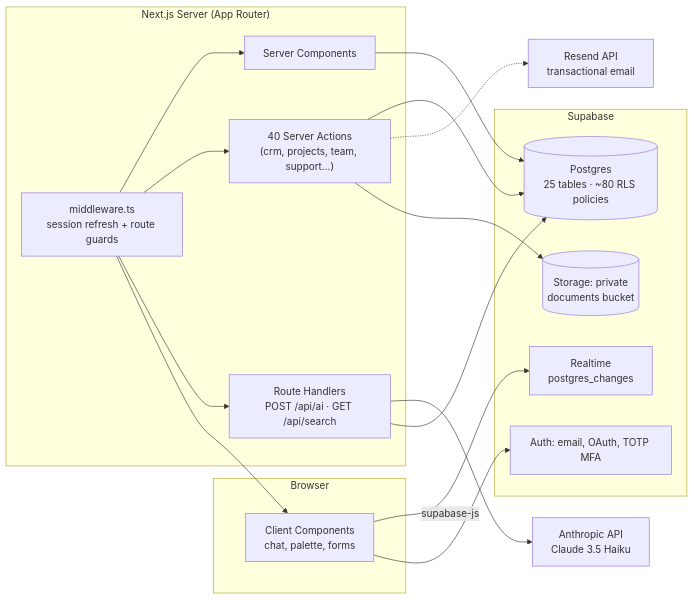
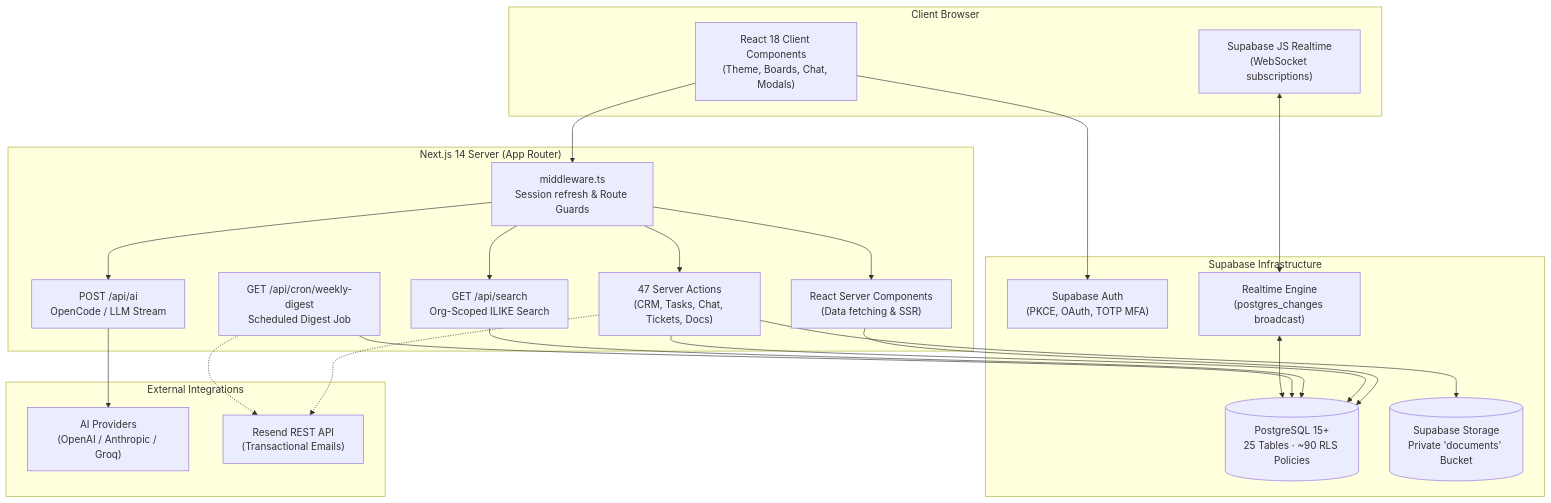
One commit to Bedru-Mekiyu/merkato changed the first of 2 diagrams in README.md. Above: the diagram before and after it, drawn with Mermaid. The commit also changed other lines of this file, not shown here.

Commit message:
docs(readme): reconstruct production-grade README with full architecture and API reference

````diff
--- a/README.md
+++ b/README.md
@@ -98,30 +178,48 @@
 ```mermaid
-flowchart LR
-    subgraph Browser
-        CC[Client Components<br/>chat, palette, forms]
+flowchart TB
+    subgraph Client["Client Browser"]
+        UI["React 18 Client Components<br/>(Theme, Boards, Chat, Modals)"]
+        RT_CLIENT["Supabase JS Realtime<br/>(WebSocket subscriptions)"]
     end
-    subgraph "Next.js Server (App Router)"
-        MW["middleware.ts<br/>session refresh + route guards"]
-        SC[Server Components]
-        SA["40 Server Actions<br/>(crm, projects, team, support…)"]
-        API["Route Handlers<br/>POST /api/ai · GET /api/search"]
+
+    subgraph NextServer["Next.js 14 Server (App Router)"]
+        MW["middleware.ts<br/>Session refresh & Route Guards"]
+        RSC["React Server Components<br/>(Data fetching & SSR)"]
+        SA["47 Server Actions<br/>(CRM, Tasks, Chat, Tickets, Docs)"]
+        API_AI["POST /api/ai<br/>OpenCode / LLM Stream"]
+        API_SEARCH["GET /api/search<br/>Org-Scoped ILIKE Search"]
+        API_CRON["GET /api/cron/weekly-digest<br/>Scheduled Digest Job"]
     end
-    subgraph "Supabase"
-        PG[("Postgres<br/>25 tables · ~80 RLS policies")]
-        AUTH[Auth: email, OAuth, TOTP MFA]
-        RT[Realtime<br/>postgres_changes]
-        ST[(Storage: private<br/>documents bucket)]
+
+    subgraph SupabasePlatform["Supabase Infrastructure"]
+        AUTH["Supabase Auth<br/>(PKCE, OAuth, TOTP MFA)"]
+        DB[("PostgreSQL 15+<br/>25 Tables · ~90 RLS Policies")]
+        STORAGE[("Supabase Storage<br/>Private 'documents' Bucket")]
+        RT_SERVER["Realtime Engine<br/>(postgres_changes broadcast)"]
     end
-    ANTH["Anthropic API<br/>Claude 3.5 Haiku"]
-    RESEND["Resend API<br/>transactional email"]
 
-    MW --> SC & SA & API & CC
-    SC --> PG
-    SA --> PG
-    SA -.-> RESEND
-    API --> ANTH
-    API --> PG
-    CC -->|"supabase-js"| RT
-    CC --> AUTH
-    SA --> ST
+    subgraph External["External Integrations"]
+        LLM["AI Providers<br/>(OpenAI / Anthropic / Groq)"]
+        EMAIL["Resend REST API<br/>(Transactional Emails)"]
+    end
+
+    UI --> MW
+    MW --> RSC
+    MW --> SA
+    MW --> API_AI
+    MW --> API_SEARCH
+    
+    RSC --> DB
+    SA --> DB
+    SA --> STORAGE
+    SA -.-> EMAIL
+    
+    API_AI --> LLM
+    API_SEARCH --> DB
+    API_CRON --> DB
+    API_CRON -.-> EMAIL
+
+    UI --> AUTH
+    RT_CLIENT <--> RT_SERVER
+    RT_SERVER <--> DB
 ```
````
